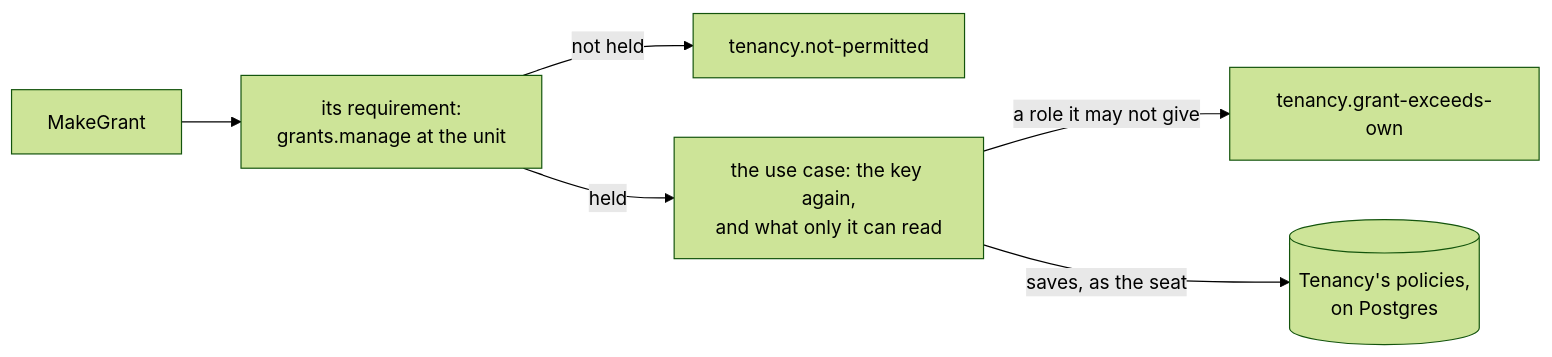
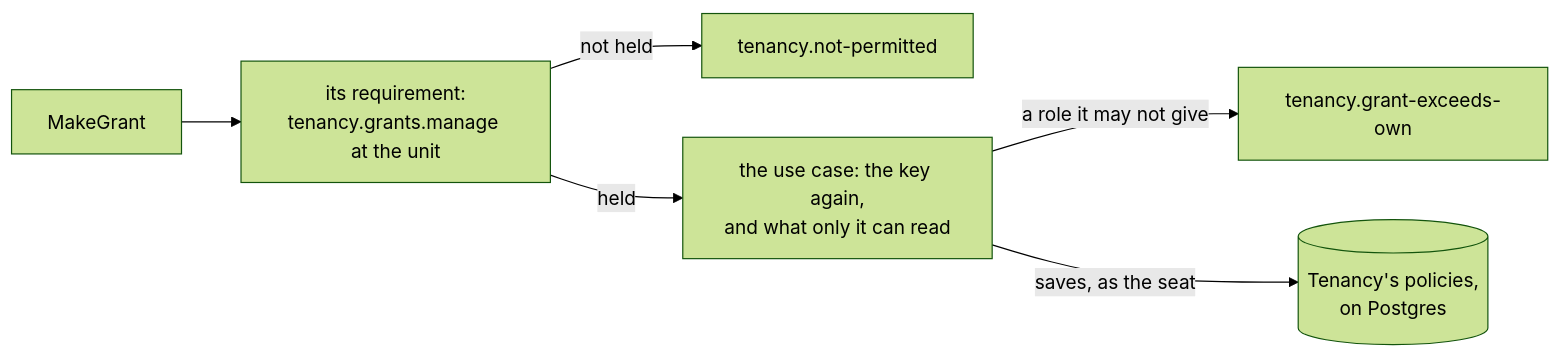
The sixth of 22 diagrams in docs/tenancy.md (DylanSnel/DDDToolkit), drawn with Mermaid (forest theme) before and after one commit. The commit also changed other lines of this file and 7 other files, not shown here.

````diff
--- a/docs/tenancy.md
+++ b/docs/tenancy.md
@@ -868,8 +870,8 @@
 ```mermaid
 flowchart LR
-    Request["MakeGrant"] --> Door["its requirement:<br/>grants.manage at the unit"]
+    Request["MakeGrant"] --> Door["its requirement:<br/>tenancy.grants.manage at the unit"]
     Door -- "not held" --> NotPermitted["tenancy.not-permitted"]
     Door -- "held" --> UseCase["the use case: the key again,<br/>and what only it can read"]
     UseCase -- "a role it may not give" --> Exceeds["tenancy.grant-exceeds-own"]
     UseCase -- "saves, as the seat" --> Policies[("Tenancy's policies,<br/>on Postgres")]
 ```
````
